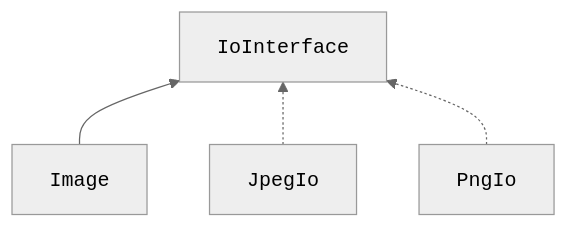
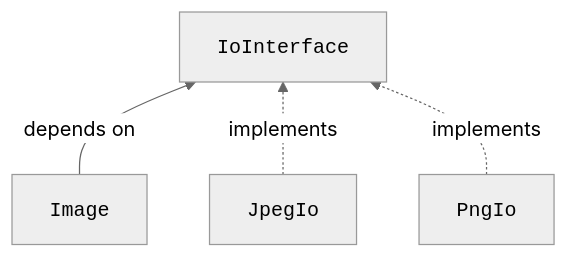
One commit to cpp-for-yourself/lectures-and-homeworks changed the fourth of 5 diagrams in lectures/inheritance.md. Above: the diagram before and after it, drawn with Mermaid (neutral theme). The commit also changed other lines of this file and 12 other files, not shown here.

````diff
--- a/lectures/inheritance.md
+++ b/lectures/inheritance.md
@@ -157,6 +155,6 @@
 ```mermaid
 graph BT
-  A[<code>Image</code>] --> I[<code>IoInterface</code>]
-  B[<code>JpegIo</code>] -.-> I[<code>IoInterface</code>]
-  C[<code>PngIo</code>] -.-> I[<code>IoInterface</code>]
+  A[<code>Image</code>] -->|depends on| I[<code>IoInterface</code>]
+  B[<code>JpegIo</code>] -.->|implements| I[<code>IoInterface</code>]
+  C[<code>PngIo</code>] -.->|implements| I[<code>IoInterface</code>]
 ```
````
